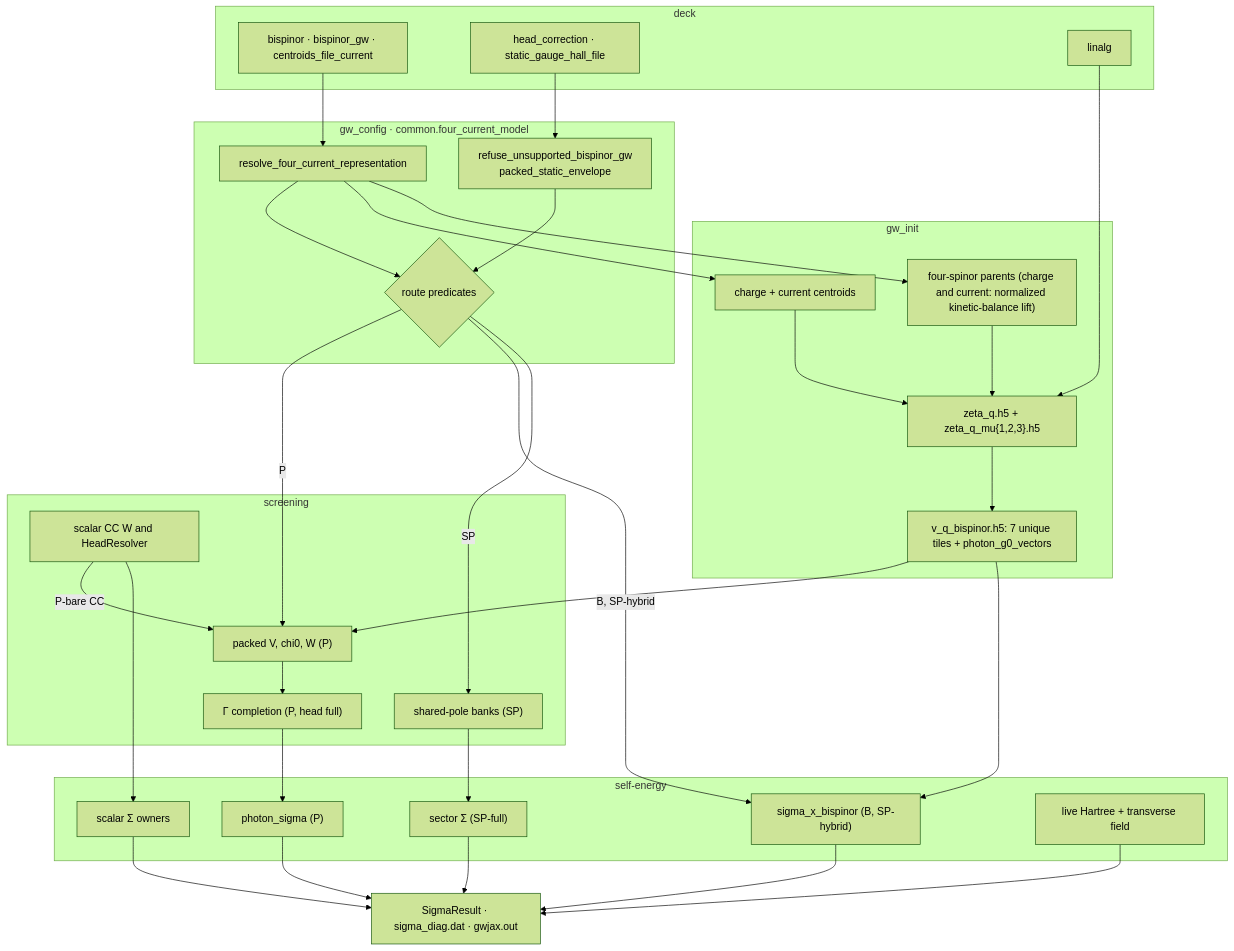
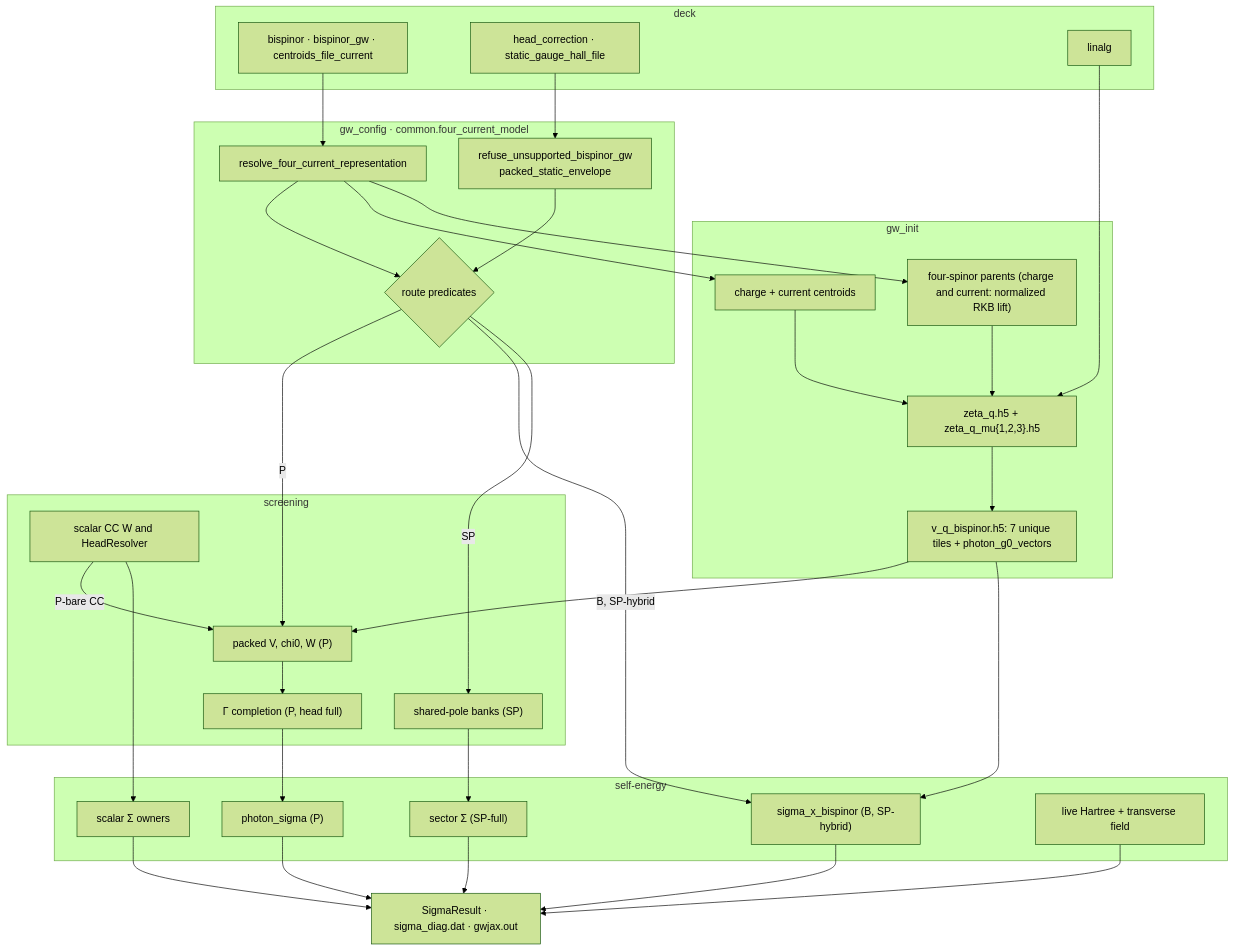
Before and after one commit to jackmcarthur/lorrax: the diagram in docs/architecture/four_current_wiring.md, drawn with Mermaid (forest theme). The commit also changed other lines of this file and 10 other files, not shown here.

First line of the commit message:
bispinor: name the carrier the normalized RKB lift (was "isometric")

````diff
--- a/docs/architecture/four_current_wiring.md
+++ b/docs/architecture/four_current_wiring.md
@@ -78,54 +78,54 @@
 ```mermaid
 flowchart TD
   subgraph DECK["deck"]
     K1["bispinor · bispinor_gw · centroids_file_current"]
     K2["head_correction · static_gauge_hall_file"]
     K3["linalg"]
   end
   subgraph CFG["gw_config · common.four_current_model"]
     R["resolve_four_current_representation"]
     E["refuse_unsupported_bispinor_gw<br/>packed_static_envelope"]
     F{"route predicates"}
   end
   subgraph INIT["gw_init"]
     C["charge + current centroids"]
-    L["four-spinor parents (charge and current: normalized kinetic-balance lift)"]
+    L["four-spinor parents (charge and current: normalized RKB lift)"]
     Z["zeta_q.h5 + zeta_q_mu{1,2,3}.h5"]
     VQ["v_q_bispinor.h5: 7 unique tiles + photon_g0_vectors"]
   end
   subgraph SCR["screening"]
     SW["scalar CC W and HeadResolver"]
     PK["packed V, chi0, W (P)"]
     HD["Γ completion (P, head full)"]
     SP["shared-pole banks (SP)"]
   end
   subgraph SIG["self-energy"]
     PS["photon_sigma (P)"]
     SB["sigma_x_bispinor (B, SP-hybrid)"]
     CS["scalar Σ owners"]
     SS["sector Σ (SP-full)"]
     HT["live Hartree + transverse field"]
   end
   OUT["SigmaResult · sigma_diag.dat · gwjax.out"]
   K1 --> R --> F
   K2 --> E
   E --> F
   K3 --> Z
   R --> C --> Z
   R --> L --> Z
   Z --> VQ
   F -->|P| PK
   F -->|B, SP-hybrid| SB
   F -->|SP| SP
   VQ --> PK
   SW -->|P-bare CC| PK
   PK --> HD --> PS
   VQ --> SB
   SW --> CS
   SP --> SS
   PS --> OUT
   SB --> OUT
   CS --> OUT
   SS --> OUT
   HT --> OUT
 ```
````
